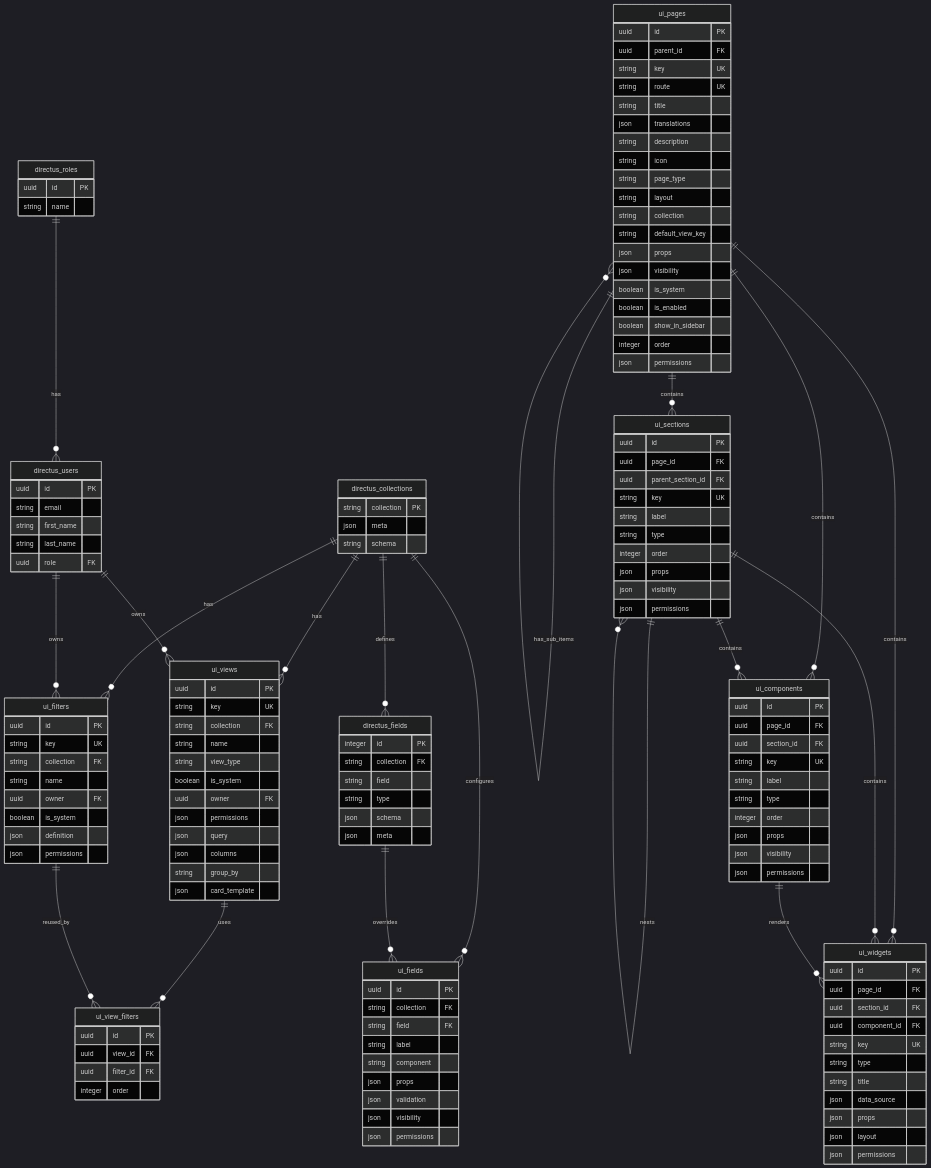
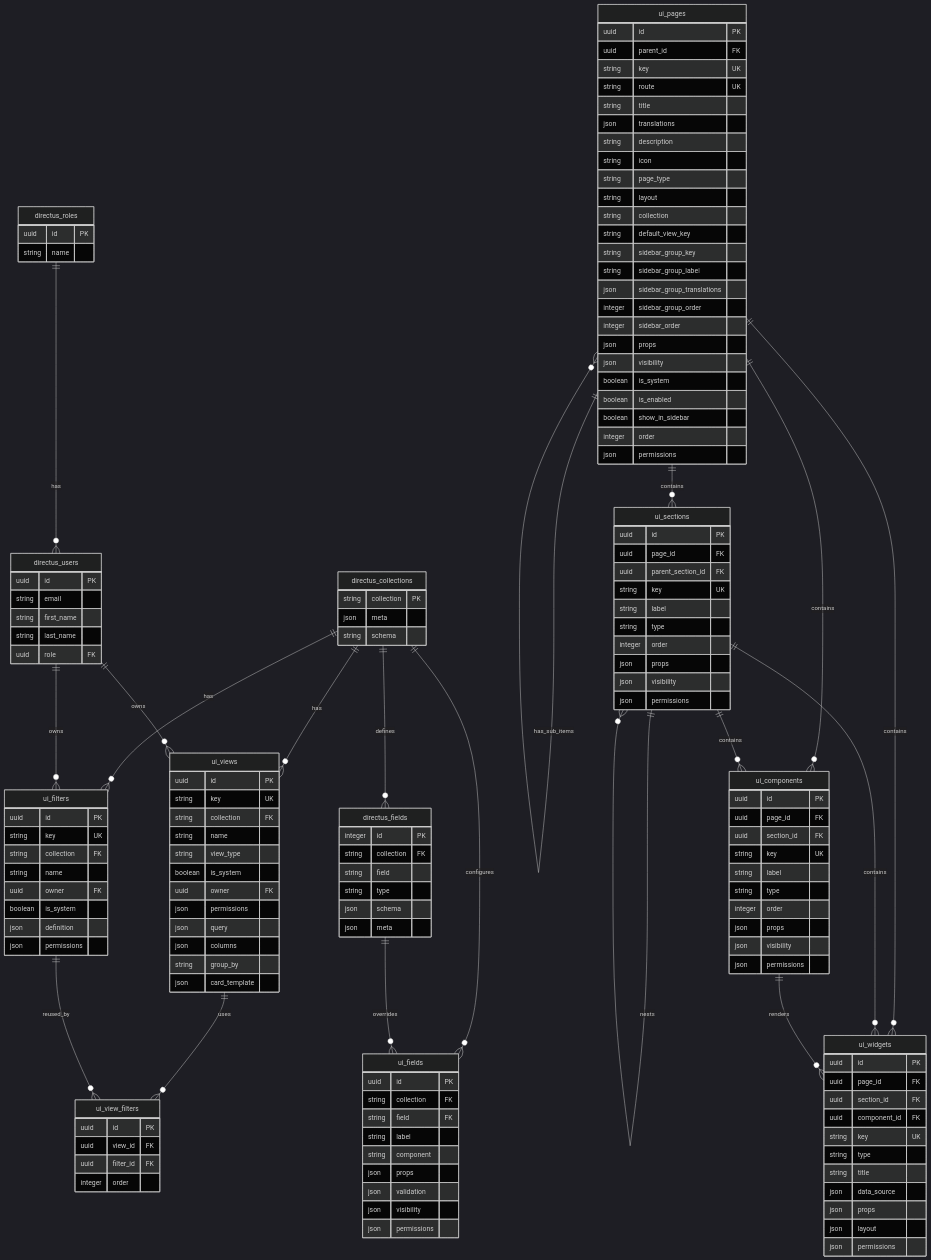
Before and after one commit to tmt203/cx2.0: the fourth of 4 diagrams in docs/architecture.md, drawn with Mermaid (dark theme). The commit also changed other lines of this file and 128 other files, not shown here.

```diff
--- a/docs/architecture.md
+++ b/docs/architecture.md
@@ -262,6 +309,11 @@
         string layout
         string collection
         string default_view_key
+        string sidebar_group_key
+        string sidebar_group_label
+        json sidebar_group_translations
+        integer sidebar_group_order
+        integer sidebar_order
         json props
         json visibility
         boolean is_system
```
